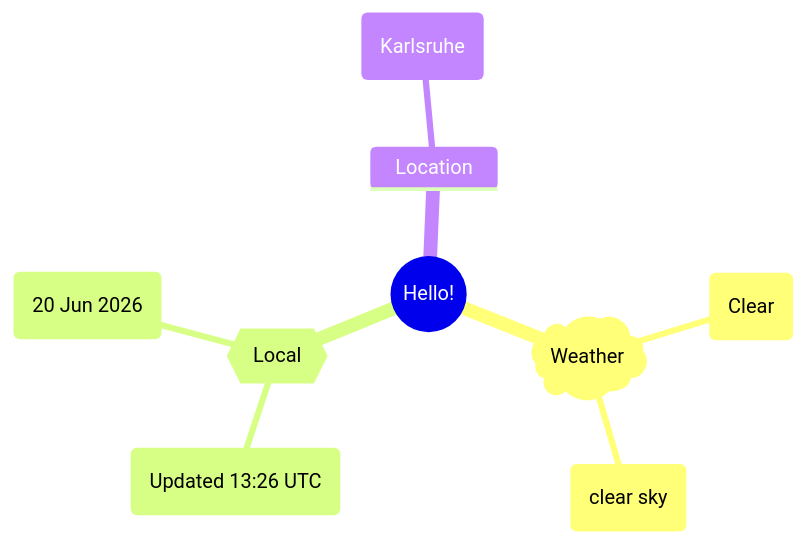
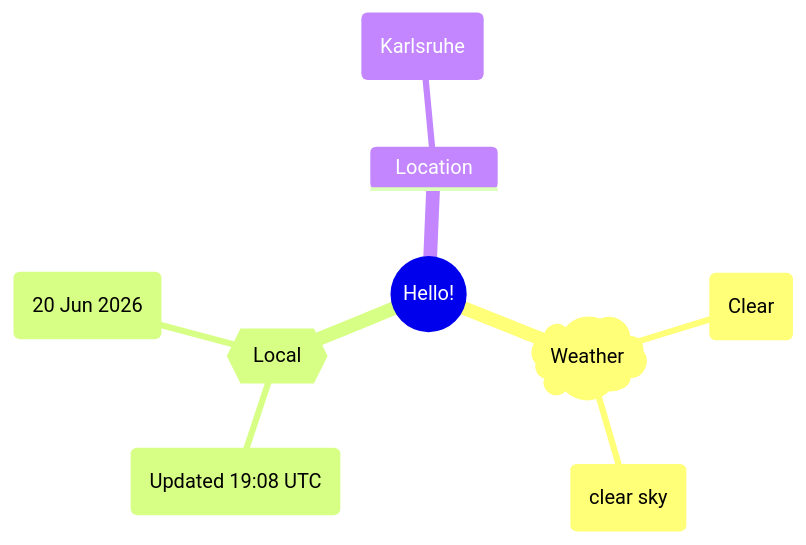
The first of 2 diagrams in README.md (Xosrov/Xosrov), drawn with Mermaid before and after one commit.

Commit message:
[bot] updated images

````diff
--- a/README.md
+++ b/README.md
@@ -3,12 +3,12 @@
 ```mermaid
 mindmap
   root((Hello!))
     )Weather(
         (Clear)
         (clear sky)
     {{Local}}
-        (Updated 13:26 UTC)
+        (Updated 19:08 UTC)
         (20 Jun 2026)
     Location
         (Karlsruhe)
 ```
````
